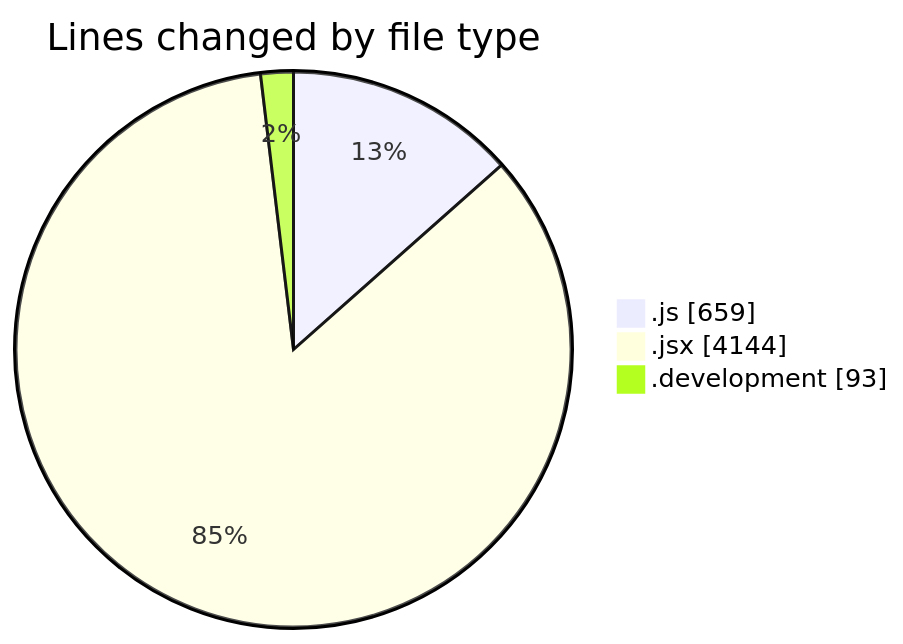
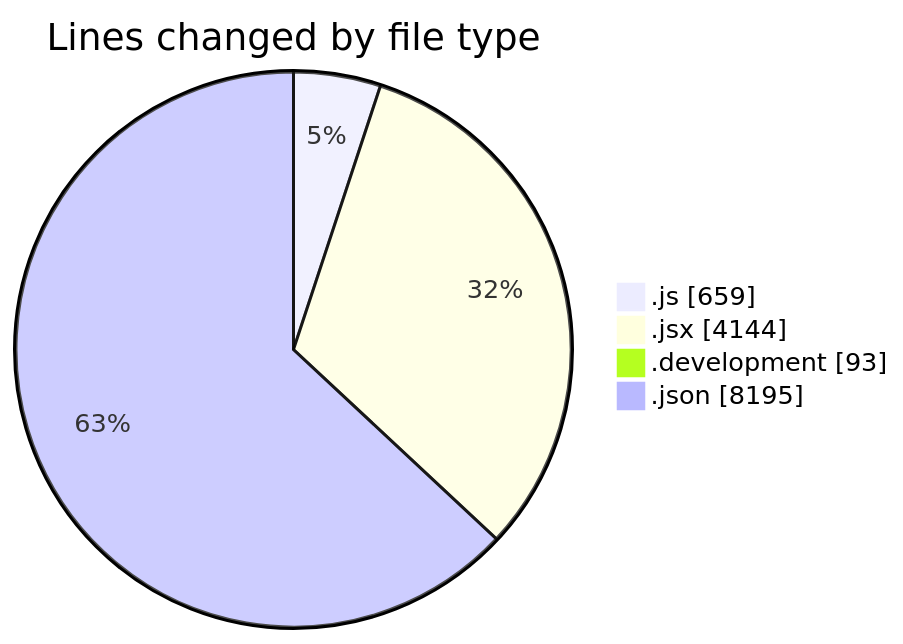
The first of 2 diagrams in 2026-01-05/nxtqube_webapp/README.md (nxtqubesakshisongat/code-tracking), drawn with Mermaid before and after one commit. The commit also changed other lines of this file and 1 other file, not shown here.

````diff
--- a/2026-01-05/nxtqube_webapp/README.md
+++ b/2026-01-05/nxtqube_webapp/README.md
@@ -24,7 +25,8 @@
 ```mermaid
 pie showData
 title Lines changed by file type
 ".js" : 659
 ".jsx" : 4144
 ".development" : 93
+".json" : 8195
 ```
````
